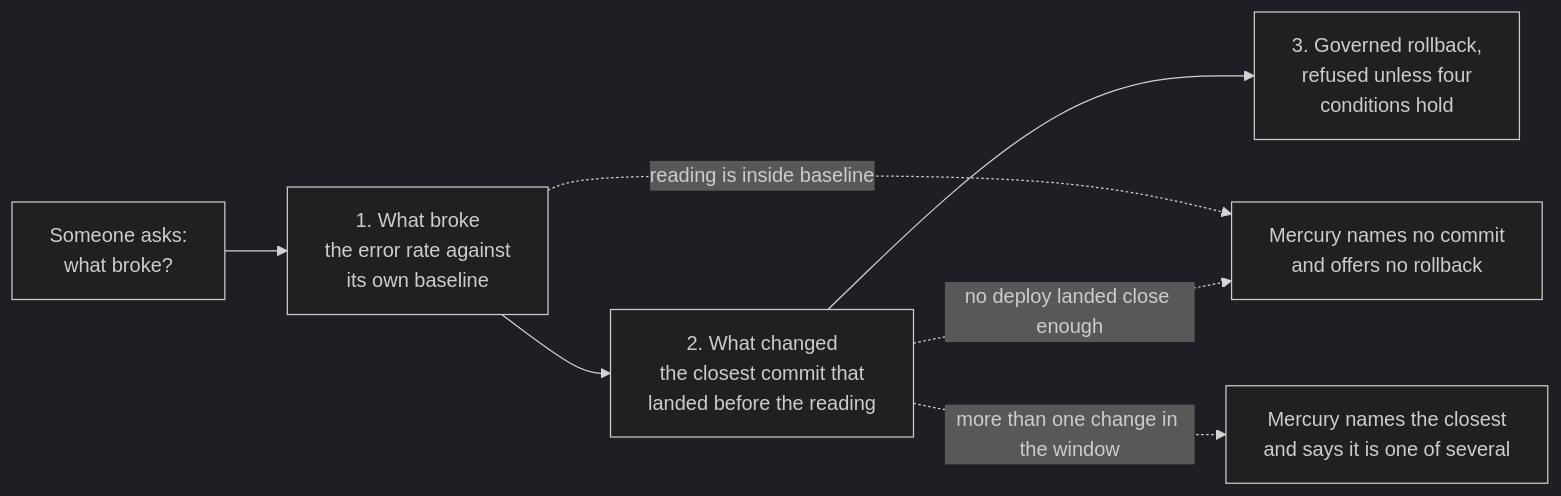
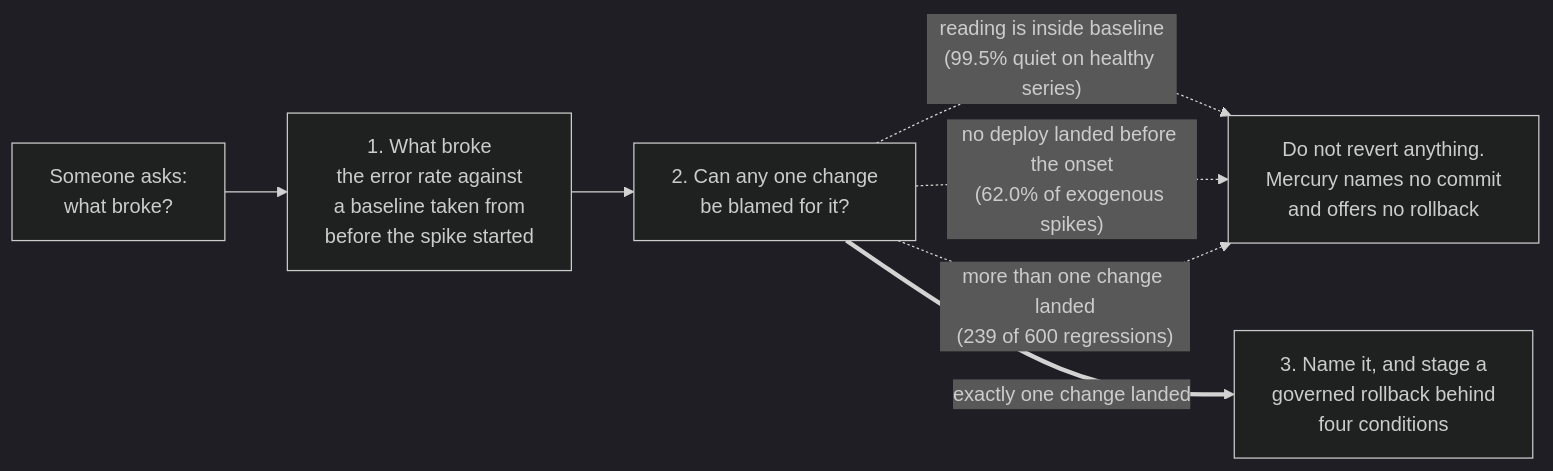
The first of 3 diagrams in README.md (upgradedev/mercury_amazon), drawn with Mermaid (dark theme) before and after one commit. The commit also changed other lines of this file and 29 other files, not shown here.

````diff
--- a/README.md
+++ b/README.md
@@ -5,10 +5,10 @@
 ```mermaid
 flowchart LR
     Q["Someone asks:<br/>what broke?"]
-    Q --> M["1. What broke<br/>the error rate against<br/>its own baseline"]
-    M --> C["2. What changed<br/>the closest commit that<br/>landed before the reading"]
-    C --> R["3. Governed rollback,<br/>refused unless four<br/>conditions hold"]
-    M -.->|reading is inside baseline| N["Mercury names no commit<br/>and offers no rollback"]
-    C -.->|no deploy landed close enough| N
-    C -.->|more than one change in the window| A["Mercury names the closest<br/>and says it is one of several"]
+    Q --> M["1. What broke<br/>the error rate against<br/>a baseline taken from<br/>before the spike started"]
+    M --> C["2. Can any one change<br/>be blamed for it?"]
+    C -.->|"reading is inside baseline<br/>(99.5% quiet on healthy series)"| N["Do not revert anything.<br/>Mercury names no commit<br/>and offers no rollback"]
+    C -.->|"no deploy landed before the onset<br/>(62.0% of exogenous spikes)"| N
+    C -.->|"more than one change landed<br/>(239 of 600 regressions)"| N
+    C ==>|"exactly one change landed"| R["3. Name it, and stage a<br/>governed rollback behind<br/>four conditions"]
 ```
````
